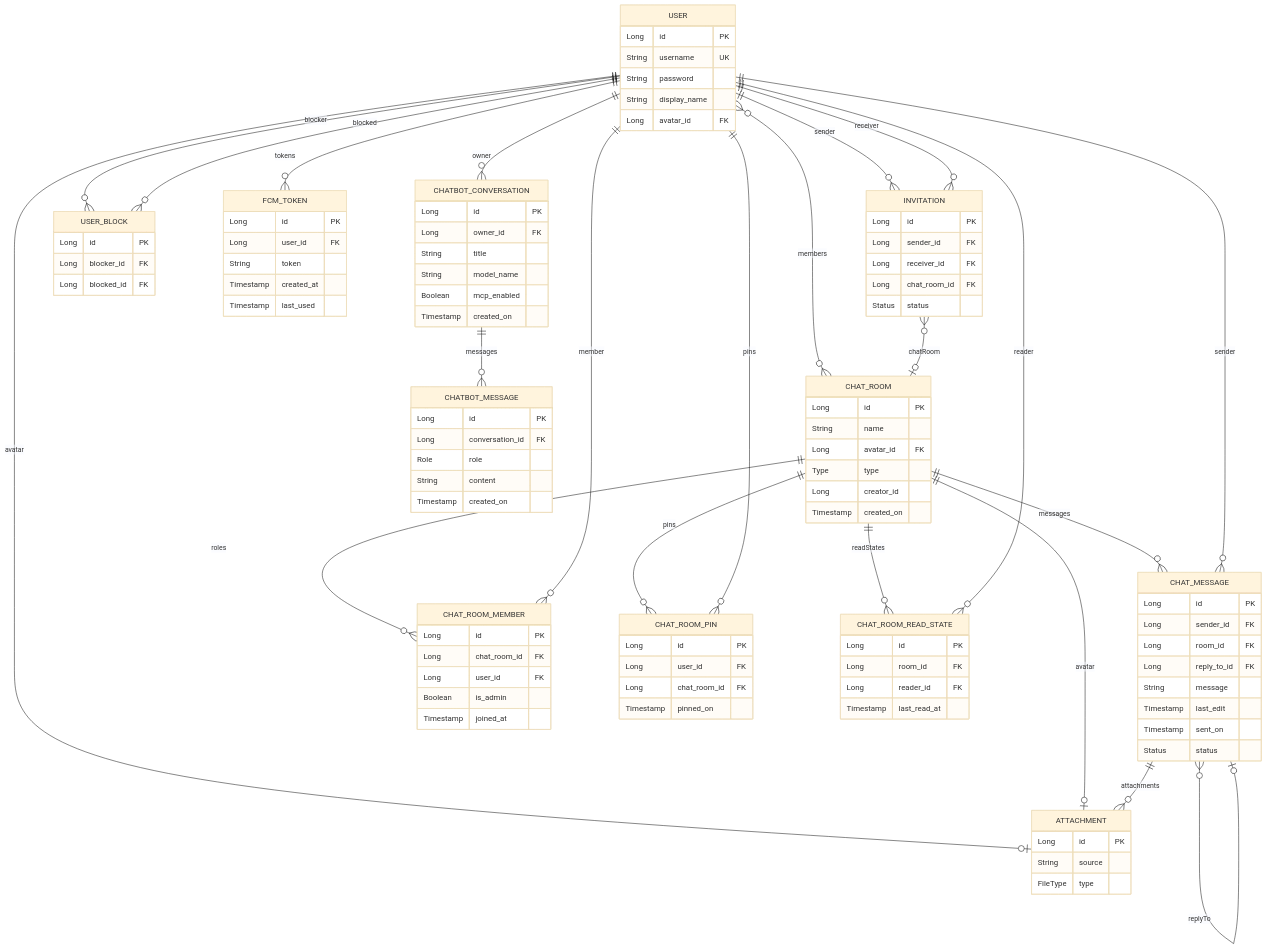
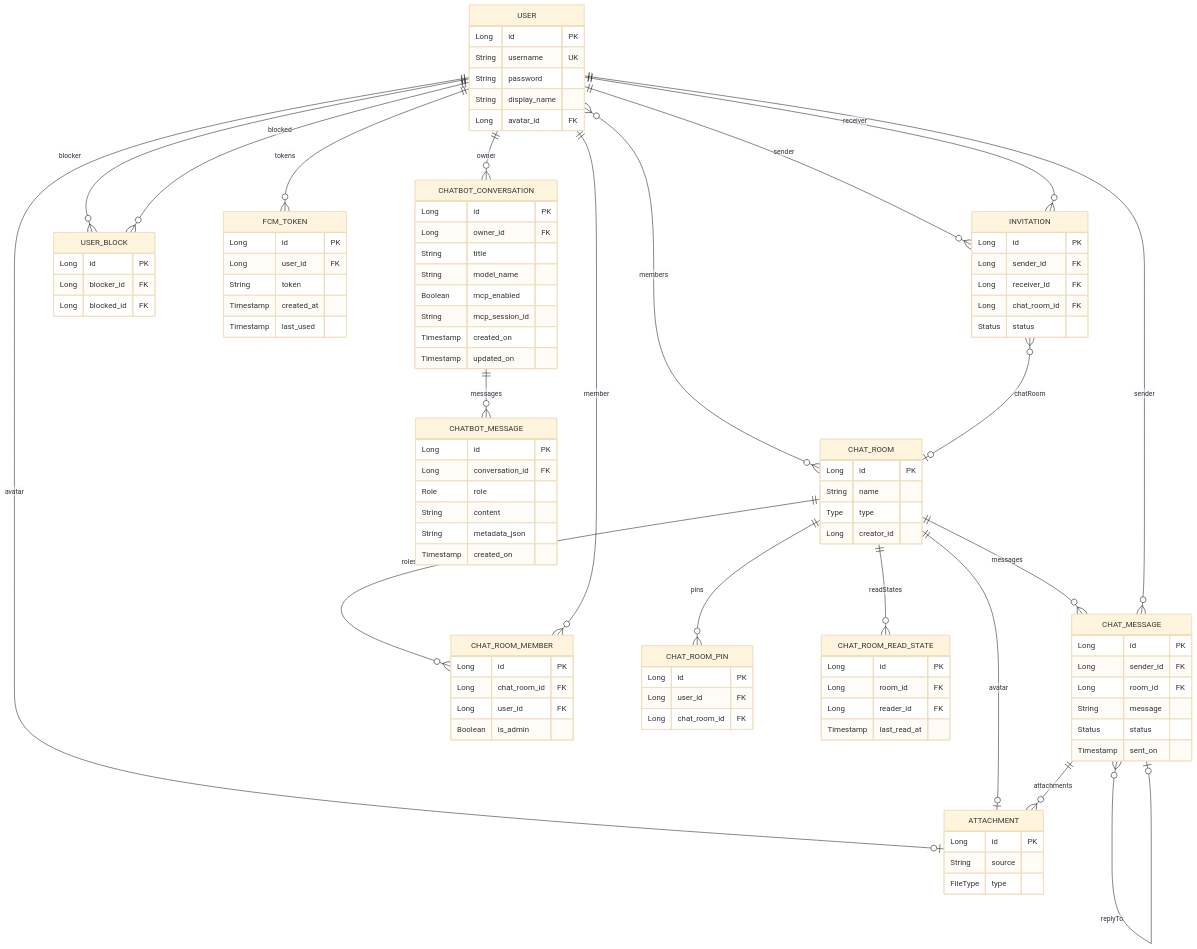
One commit to HiepNguyen284/chatapp changed the ninth of 11 diagrams in bao_cao_thanh_vien_1.md. Above: the diagram before and after it, drawn with Mermaid (base theme). The commit also changed other lines of this file and 4473 other files, not shown here.

````diff
--- a/bao_cao_thanh_vien_1.md
+++ b/bao_cao_thanh_vien_1.md
@@ -942,33 +776,27 @@
     CHAT_ROOM {
         Long id PK
         String name
-        Long avatar_id FK
         Type type
         Long creator_id
-        Timestamp created_on
     }
     CHAT_MESSAGE {
         Long id PK
         Long sender_id FK
         Long room_id FK
-        Long reply_to_id FK
         String message
-        Timestamp last_edit
+        Status status
         Timestamp sent_on
-        Status status
     }
     CHAT_ROOM_MEMBER {
         Long id PK
         Long chat_room_id FK
         Long user_id FK
         Boolean is_admin
-        Timestamp joined_at
     }
     CHAT_ROOM_PIN {
         Long id PK
         Long user_id FK
         Long chat_room_id FK
-        Timestamp pinned_on
     }
     CHAT_ROOM_READ_STATE {
         Long id PK
@@ -982,13 +810,16 @@
         String title
         String model_name
         Boolean mcp_enabled
+        String mcp_session_id
         Timestamp created_on
+        Timestamp updated_on
     }
     CHATBOT_MESSAGE {
         Long id PK
         Long conversation_id FK
         Role role
         String content
+        String metadata_json
         Timestamp created_on
     }
 
@@ -1009,8 +840,6 @@
     CHAT_MESSAGE }o--o| CHAT_MESSAGE : "replyTo"
     USER ||--o{ CHAT_MESSAGE : "sender"
     USER ||--o{ CHAT_ROOM_MEMBER : "member"
-    USER ||--o{ CHAT_ROOM_PIN : "pins"
-    USER ||--o{ CHAT_ROOM_READ_STATE : "reader"
     USER ||--o{ CHATBOT_CONVERSATION : "owner"
     CHATBOT_CONVERSATION ||--o{ CHATBOT_MESSAGE : "messages"
 ```
````
